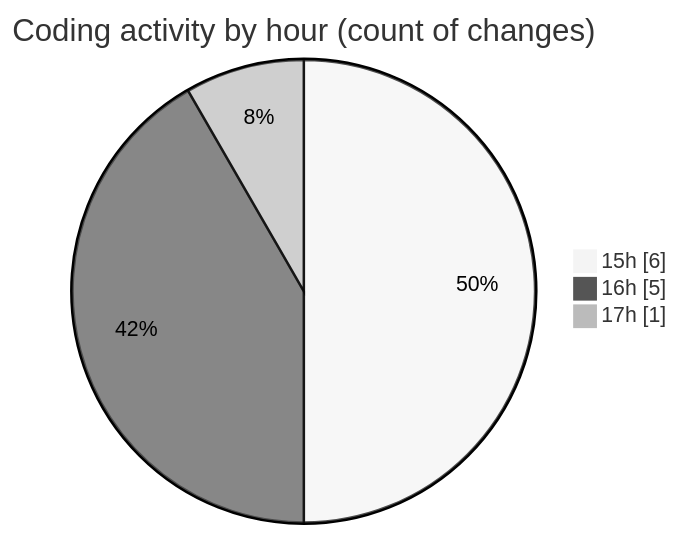
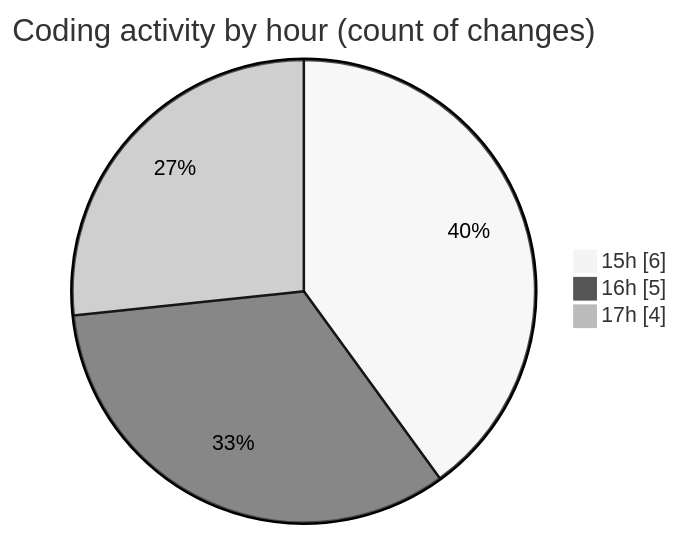
One commit to ricardozamudiocil/code-tracking changed the second of 2 diagrams in 2026-05-04/cilreports__workspace_/README.md. Above: the diagram before and after it, drawn with Mermaid (neutral theme). The commit also changed other lines of this file and 1 other file, not shown here.

````diff
--- a/2026-05-04/cilreports__workspace_/README.md
+++ b/2026-05-04/cilreports__workspace_/README.md
@@ -29,7 +29,7 @@
 ```mermaid
 pie showData
 title Coding activity by hour (count of changes)
 "15h" : 6
 "16h" : 5
-"17h" : 1
+"17h" : 4
 ```
````
